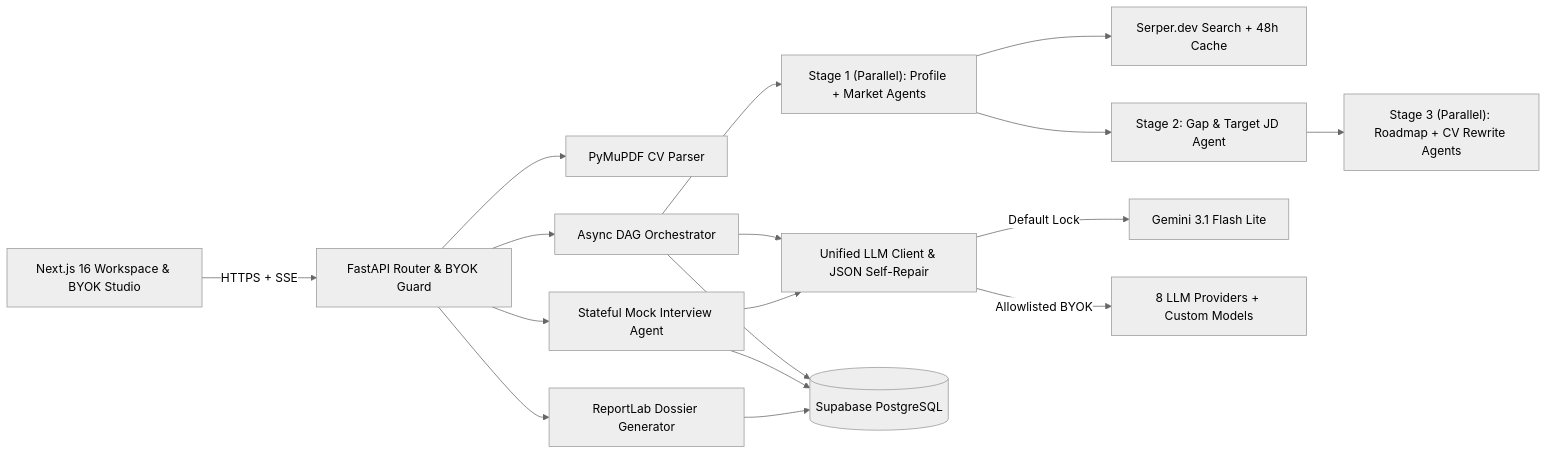
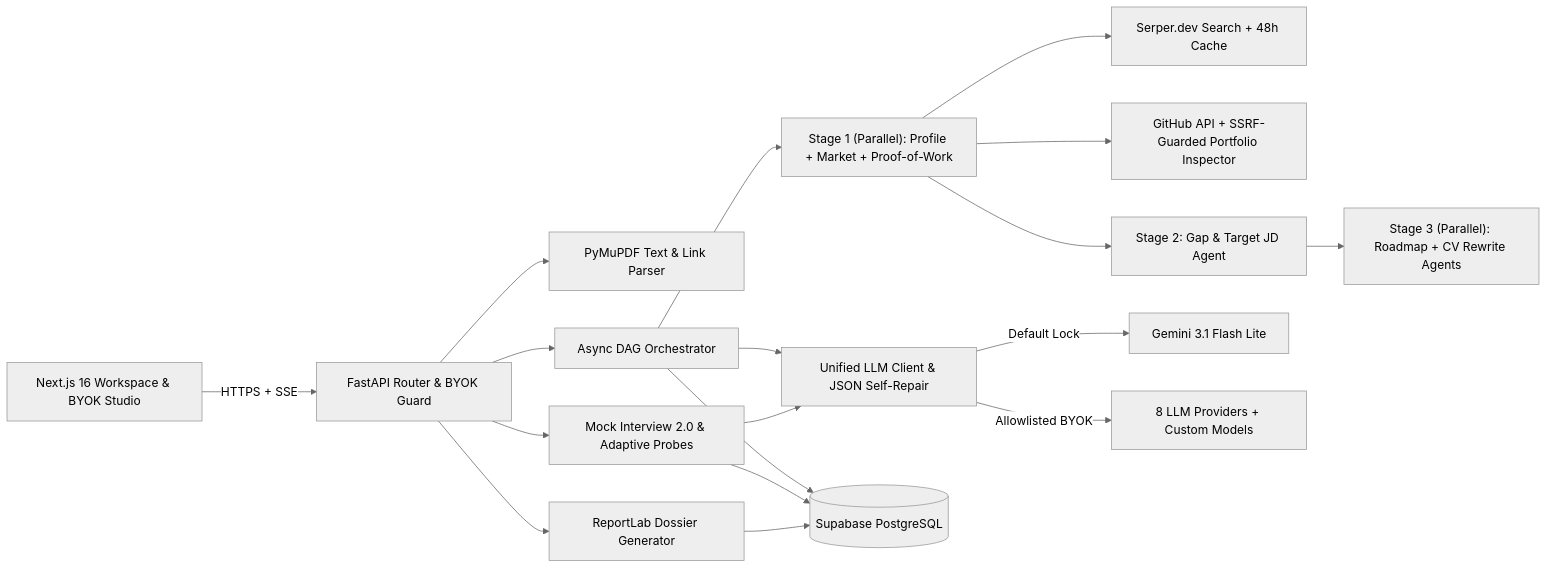
One commit to Muhammad-Hassan12/Ustaad changed the diagram in README.md. Above: the diagram before and after it, drawn with Mermaid (neutral theme). The commit also changed other lines of this file and 24 other files, not shown here.

````diff
--- a/README.md
+++ b/README.md
@@ -62,19 +64,20 @@
 ```mermaid
 flowchart LR
     Browser["Next.js 16 Workspace & BYOK Studio"] -->|HTTPS + SSE| API["FastAPI Router & BYOK Guard"]
-    API --> Parser["PyMuPDF CV Parser"]
+    API --> Parser["PyMuPDF Text & Link Parser"]
     API --> Orch["Async DAG Orchestrator"]
-    Orch --> S1["Stage 1 (Parallel): Profile + Market Agents"]
+    Orch --> S1["Stage 1 (Parallel): Profile + Market + Proof-of-Work"]
     S1 --> Serper["Serper.dev Search + 48h Cache"]
+    S1 --> PoW["GitHub API + SSRF-Guarded Portfolio Inspector"]
     S1 --> S2["Stage 2: Gap & Target JD Agent"]
     S2 --> S3["Stage 3 (Parallel): Roadmap + CV Rewrite Agents"]
-    API --> Interview["Stateful Mock Interview Agent"]
+    API --> Interview["Mock Interview 2.0 & Adaptive Probes"]
     API --> Export["ReportLab Dossier Generator"]
     Orch --> LLM["Unified LLM Client & JSON Self-Repair"]
     Interview --> LLM
     LLM -->|Default Lock| Gemini["Gemini 3.1 Flash Lite"]
     LLM -->|Allowlisted BYOK| Providers["8 LLM Providers + Custom Models"]
     Orch --> DB[("Supabase PostgreSQL")]
     Interview --> DB
     Export --> DB
 ```
````
